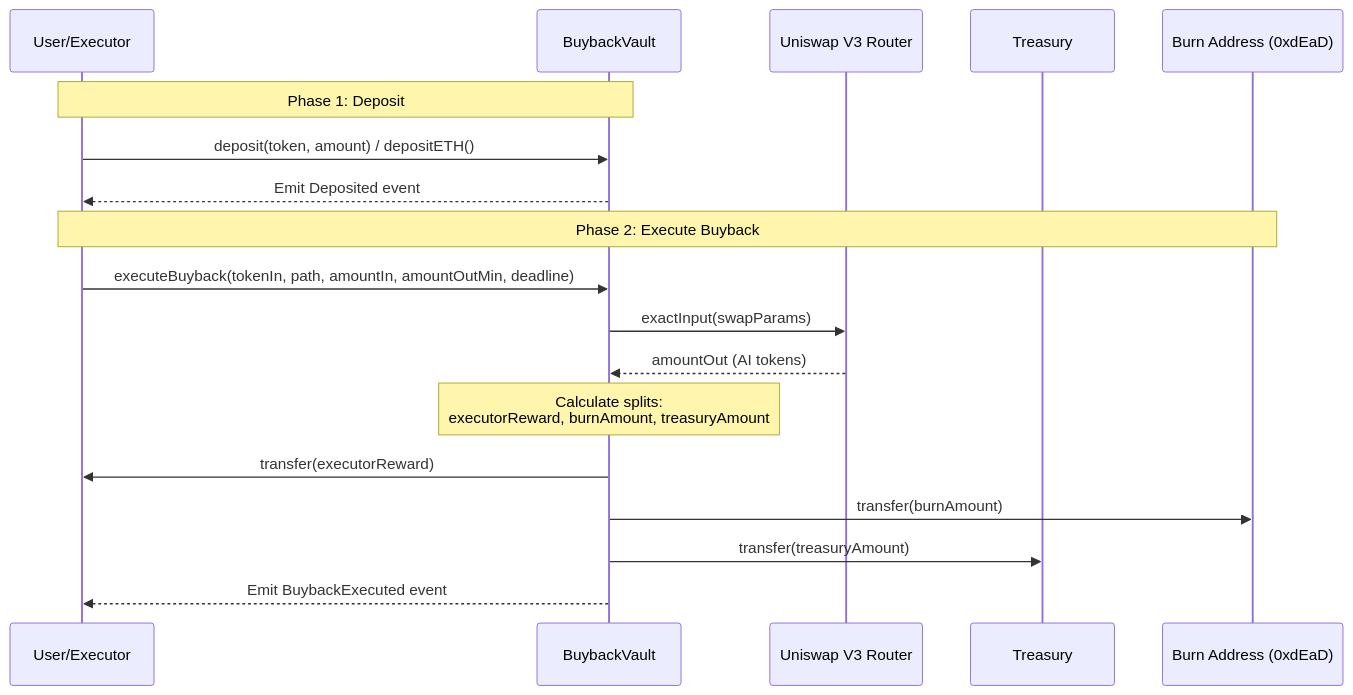
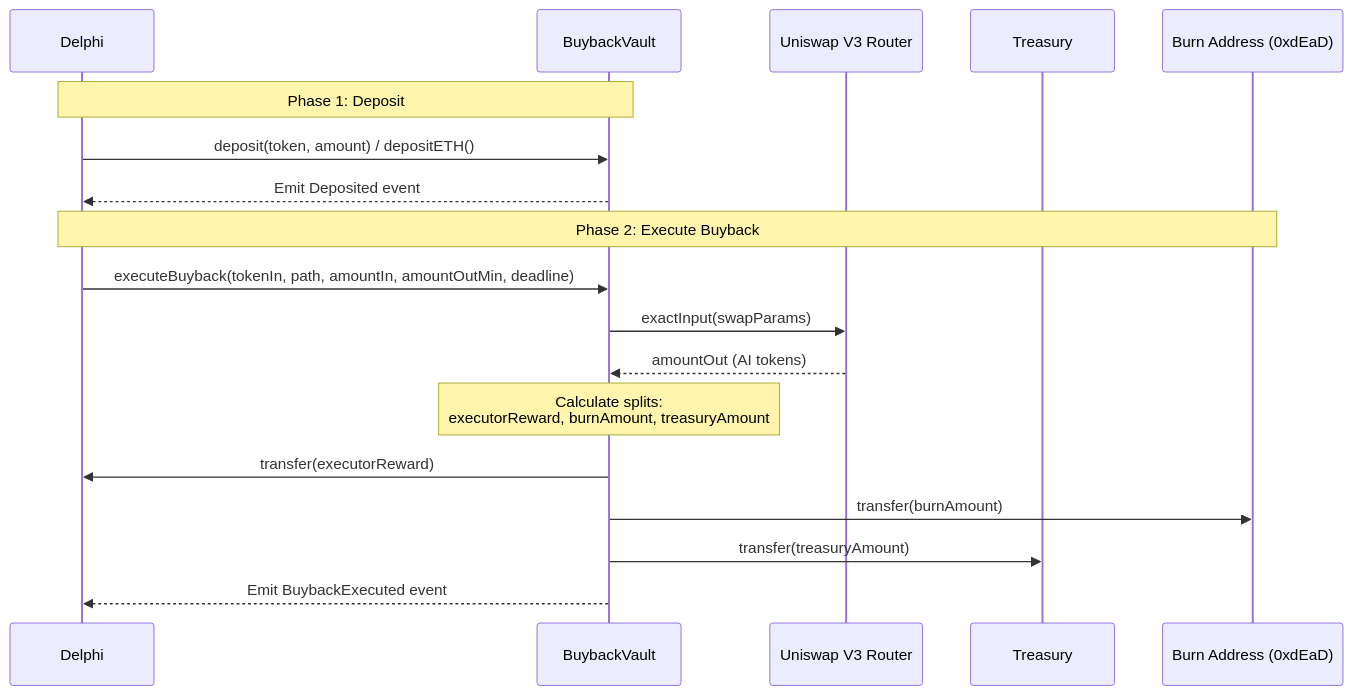
One commit to gensyn-network/gensyn-buyback changed the first of 8 diagrams in docs/DESIGN.md. Above: the diagram before and after it, drawn with Mermaid. The commit also changed other lines of this file, not shown here.

Commit message:
doc: update sequence diagrams to specify Delphi as the user participant

````diff
--- a/docs/DESIGN.md
+++ b/docs/DESIGN.md
@@ -9,24 +9,24 @@
 ```mermaid
 sequenceDiagram
-    participant User as User/Executor
+    participant User as Delphi
     participant Vault as BuybackVault
     participant UniV3 as Uniswap V3 Router
     participant Treasury
     participant Burn as Burn Address (0xdEaD)
 
     Note over User,Vault: Phase 1: Deposit
     User->>Vault: deposit(token, amount) / depositETH()
     Vault-->>User: Emit Deposited event
 
     Note over User,Burn: Phase 2: Execute Buyback
     User->>Vault: executeBuyback(tokenIn, path, amountIn, amountOutMin, deadline)
     Vault->>UniV3: exactInput(swapParams)
     UniV3-->>Vault: amountOut (AI tokens)
     
     Note over Vault: Calculate splits:<br/>executorReward, burnAmount, treasuryAmount
     
     Vault->>User: transfer(executorReward)
     Vault->>Burn: transfer(burnAmount)
     Vault->>Treasury: transfer(treasuryAmount)
     Vault-->>User: Emit BuybackExecuted event
 ```
````
